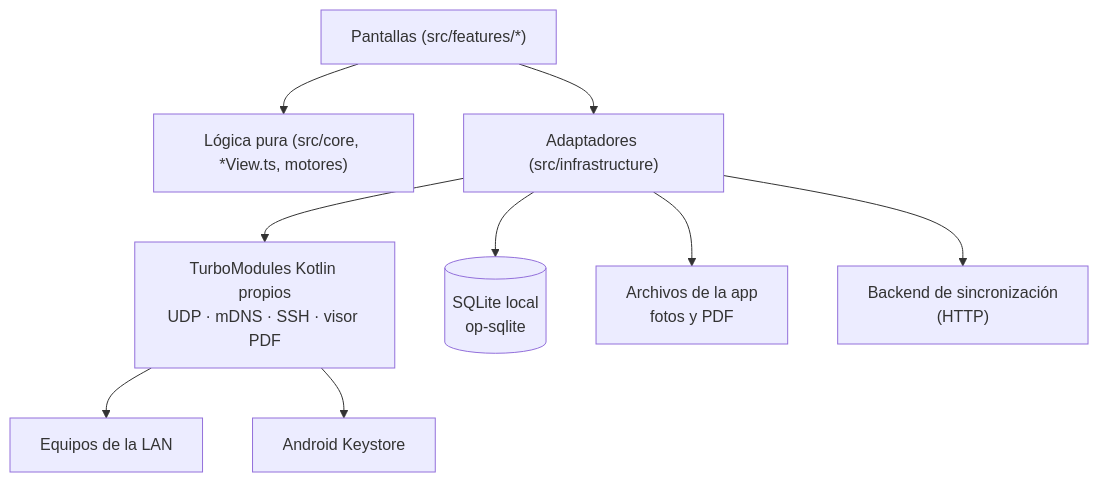
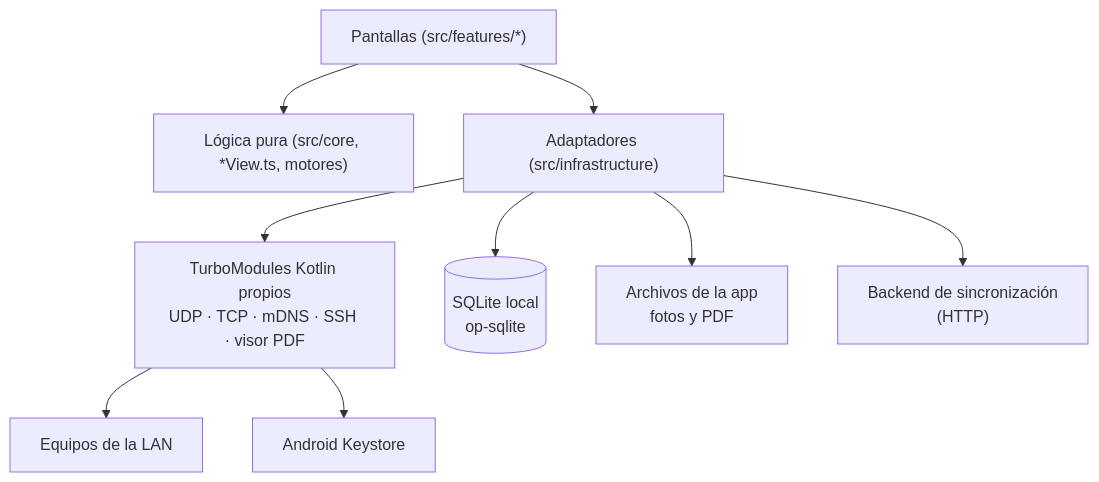
The first of 2 diagrams in docs/INFORME_TECNICO.md (Ovaleiva/tp6-network-diagnostics-suite), drawn with Mermaid before and after one commit. The commit also changed other lines of this file and 7 other files, not shown here.

````diff
--- a/docs/INFORME_TECNICO.md
+++ b/docs/INFORME_TECNICO.md
@@ -30,11 +30,11 @@
 ```mermaid
 flowchart TD
   UI["Pantallas (src/features/*)"] --> L["Lógica pura (src/core, *View.ts, motores)"]
   UI --> I["Adaptadores (src/infrastructure)"]
-  I --> N["TurboModules Kotlin propios<br/>UDP · mDNS · SSH · visor PDF"]
+  I --> N["TurboModules Kotlin propios<br/>UDP · TCP · mDNS · SSH · visor PDF"]
   I --> DB[("SQLite local<br/>op-sqlite")]
   I --> FS["Archivos de la app<br/>fotos y PDF"]
   N --> LAN["Equipos de la LAN"]
   N --> KS["Android Keystore"]
   I --> BE["Backend de sincronización<br/>(HTTP)"]
 ```
````
